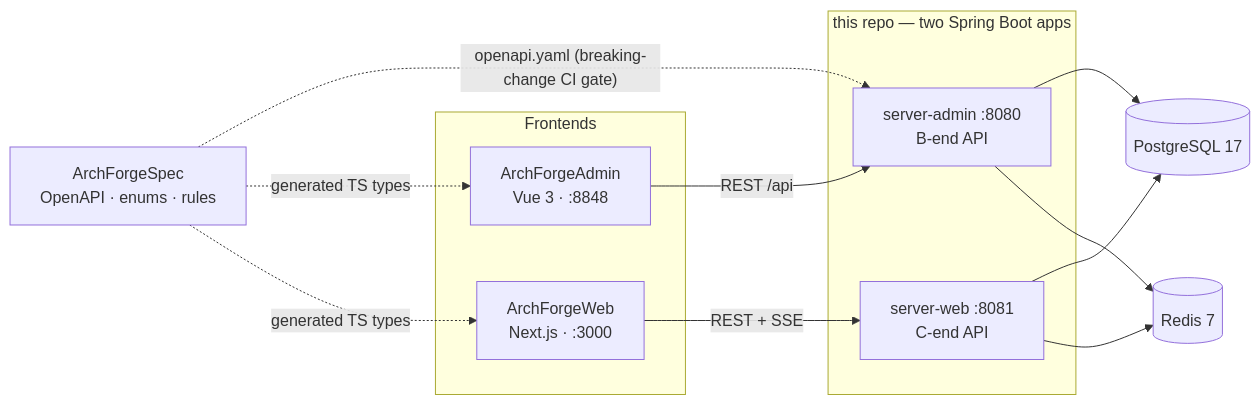
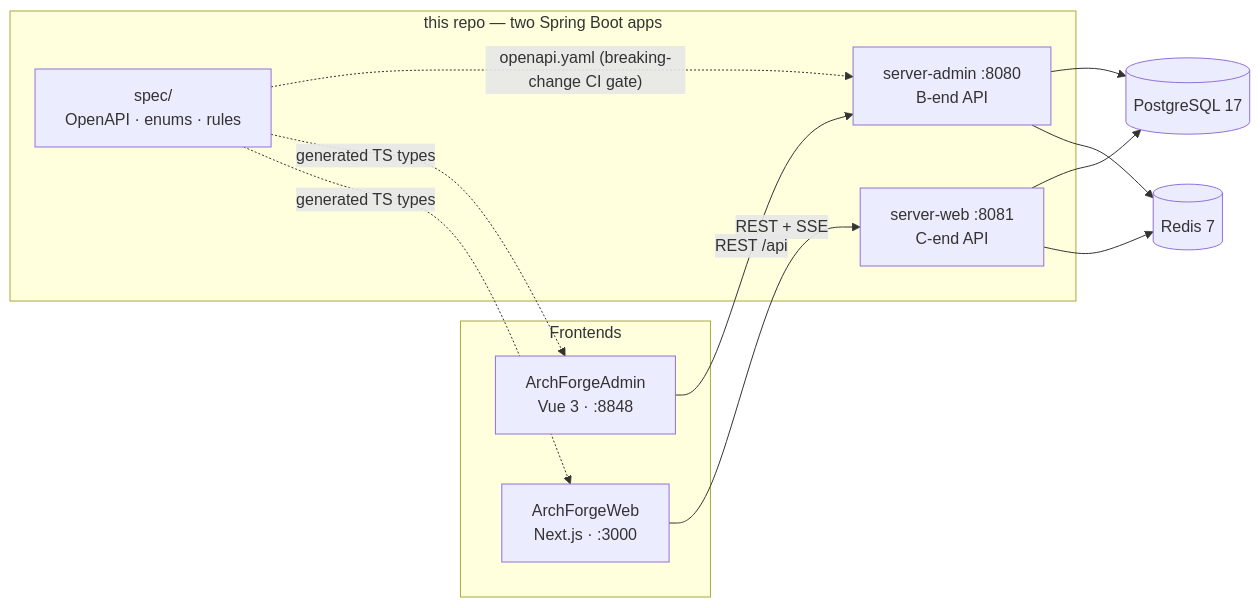
One commit to sofn/ArchForge changed the first of 2 diagrams in README.md. Above: the diagram before and after it, drawn with Mermaid. The commit also changed other lines of this file and 33 other files, not shown here.

First line of the commit message:
chore(spec): merge ArchForgeSpec into spec/, docs/specs/ and skills/

````diff
--- a/README.md
+++ b/README.md
@@ -39,22 +39,22 @@
 ```mermaid
 flowchart LR
   subgraph clients["Frontends"]
     A["ArchForgeAdmin<br/>Vue 3 · :8848"]
     W["ArchForgeWeb<br/>Next.js · :3000"]
   end
   subgraph backend["this repo — two Spring Boot apps"]
     SA["server-admin :8080<br/>B-end API"]
     SW["server-web :8081<br/>C-end API"]
+    SPEC["spec/<br/>OpenAPI · enums · rules"]
   end
   PG[("PostgreSQL 17")]
   RD[("Redis 7")]
-  SPEC["ArchForgeSpec<br/>OpenAPI · enums · rules"]
 
   A -->|"REST /api"| SA
   W -->|"REST + SSE"| SW
   SA --> PG & RD
   SW --> PG & RD
   SPEC -. "openapi.yaml (breaking-change CI gate)" .-> SA
   SPEC -. "generated TS types" .-> A
   SPEC -. "generated TS types" .-> W
 ```
````
